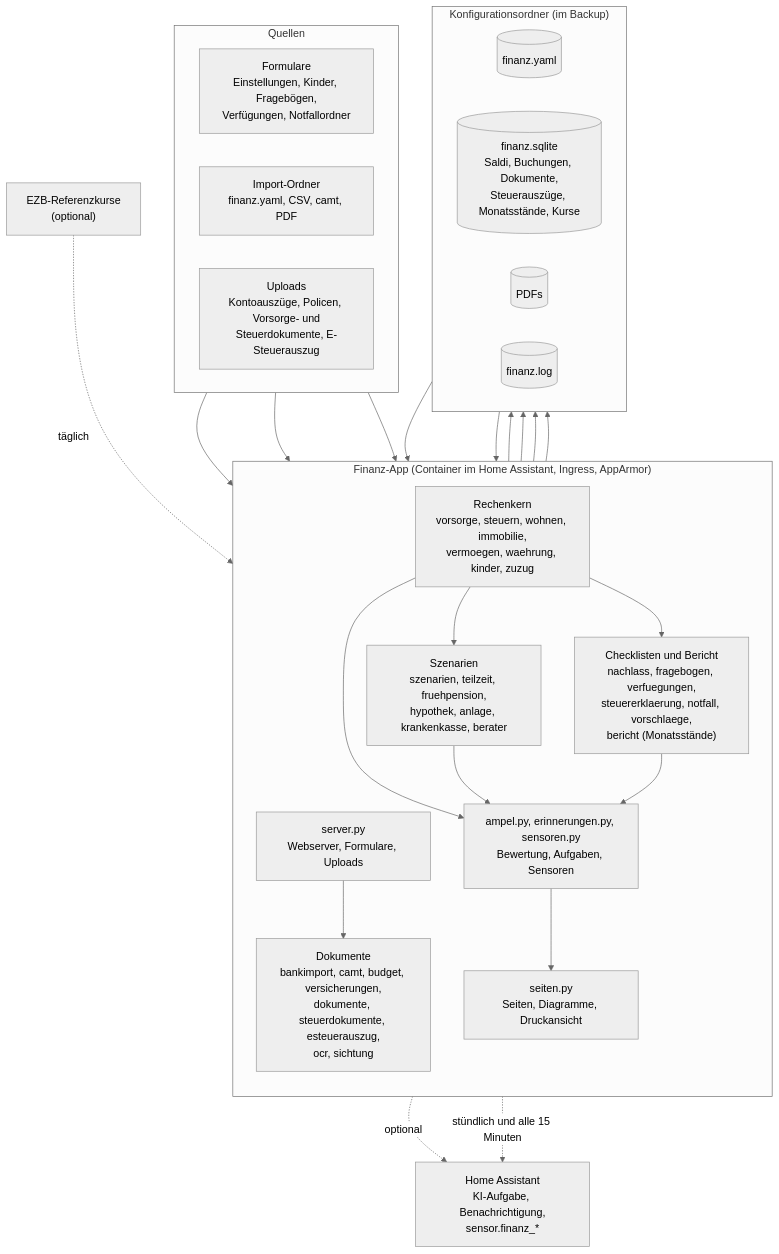
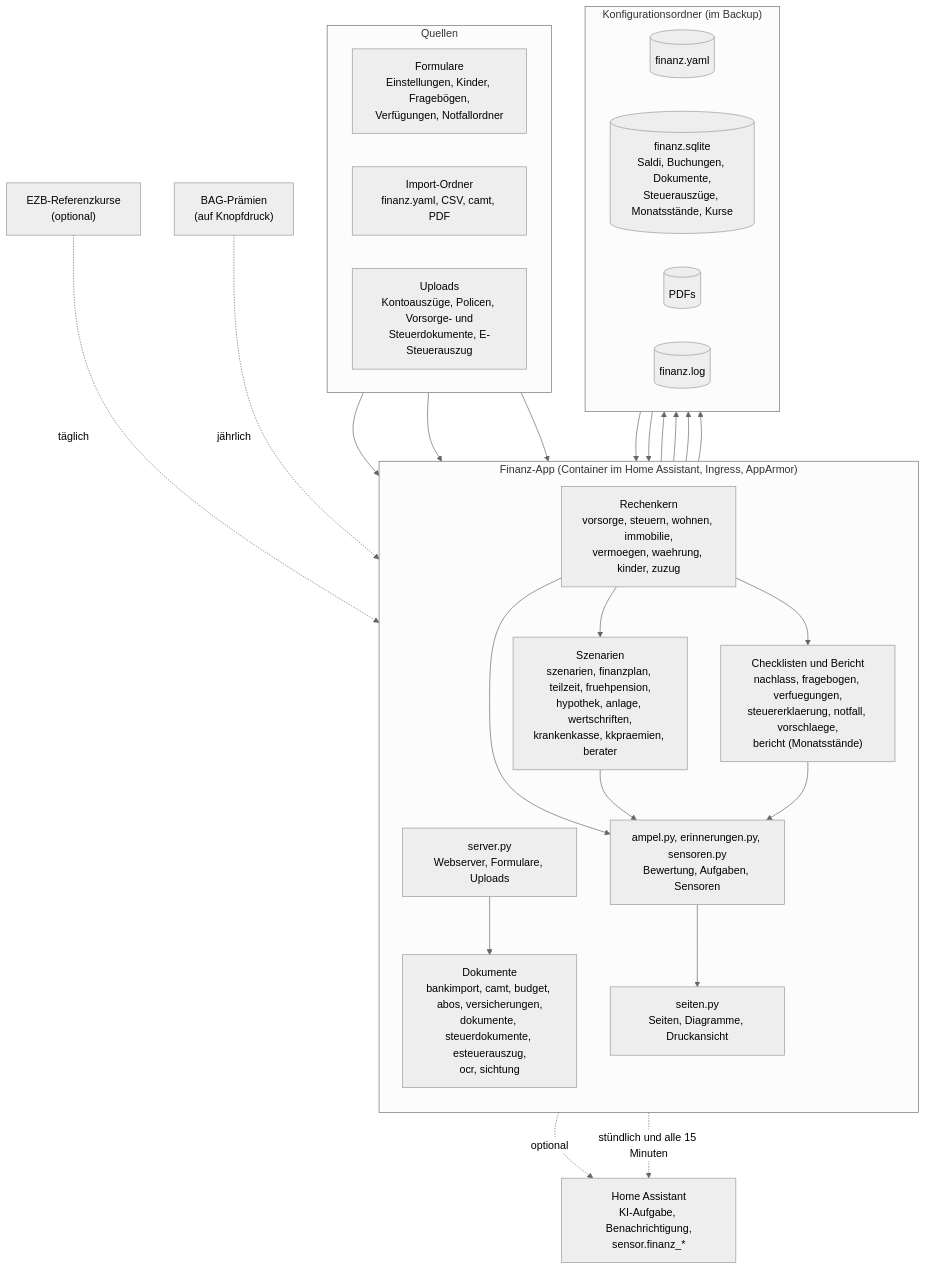
Before and after one commit to khu1985/finanz-ha: the diagram in docs/architektur.mmd, drawn with Mermaid (neutral theme). The commit also changed 17 other files, not shown here.

Commit message:
0.33.0: Finanzplan mit Monte Carlo, Wertschriften pro Position, Krankenkassen-Vergleich (BAG), wiederkehrende Zahlungen

```diff
--- a/docs/architektur.mmd
+++ b/docs/architektur.mmd
@@ -1,35 +1,36 @@
 flowchart TB
     subgraph Quellen
         direction LR
         F["Formulare<br/>Einstellungen, Kinder, Fragebögen,<br/>Verfügungen, Notfallordner"]
         I["Import-Ordner<br/>finanz.yaml, CSV, camt, PDF"]
         U["Uploads<br/>Kontoauszüge, Policen, Vorsorge- und<br/>Steuerdokumente, E-Steuerauszug"]
     end
     subgraph App["Finanz-App (Container im Home Assistant, Ingress, AppArmor)"]
         direction TB
         S["server.py<br/>Webserver, Formulare, Uploads"]
-        D["Dokumente<br/>bankimport, camt, budget, versicherungen,<br/>dokumente, steuerdokumente, esteuerauszug,<br/>ocr, sichtung"]
+        D["Dokumente<br/>bankimport, camt, budget, abos, versicherungen,<br/>dokumente, steuerdokumente, esteuerauszug,<br/>ocr, sichtung"]
         K["Rechenkern<br/>vorsorge, steuern, wohnen, immobilie,<br/>vermoegen, waehrung, kinder, zuzug"]
-        Z["Szenarien<br/>szenarien, teilzeit, fruehpension,<br/>hypothek, anlage, krankenkasse, berater"]
+        Z["Szenarien<br/>szenarien, finanzplan, teilzeit, fruehpension,<br/>hypothek, anlage, wertschriften,<br/>krankenkasse, kkpraemien, berater"]
         C["Checklisten und Bericht<br/>nachlass, fragebogen, verfuegungen,<br/>steuererklaerung, notfall, vorschlaege,<br/>bericht (Monatsstände)"]
         A["ampel.py, erinnerungen.py, sensoren.py<br/>Bewertung, Aufgaben, Sensoren"]
         SE["seiten.py<br/>Seiten, Diagramme, Druckansicht"]
     end
     subgraph Daten["Konfigurationsordner (im Backup)"]
         direction LR
         Y[("finanz.yaml")]
         DB[("finanz.sqlite<br/>Saldi, Buchungen, Dokumente,<br/>Steuerauszüge, Monatsstände, Kurse")]
         P[("PDFs")]
         L[("finanz.log")]
     end
     HA["Home Assistant<br/>KI-Aufgabe, Benachrichtigung,<br/>sensor.finanz_*"]
     F & I & U --> S
     S --> D --> DB & P
     S --> Y
     Y & DB --> K --> Z
     K --> C
     K & Z & C --> A --> SE
     Z -. optional .-> HA
     EZB["EZB-Referenzkurse<br/>(optional)"] -. täglich .-> K
+    BAG["BAG-Prämien<br/>(auf Knopfdruck)"] -. jährlich .-> Z
     A -. stündlich und alle 15 Minuten .-> HA
     S --> L
```
